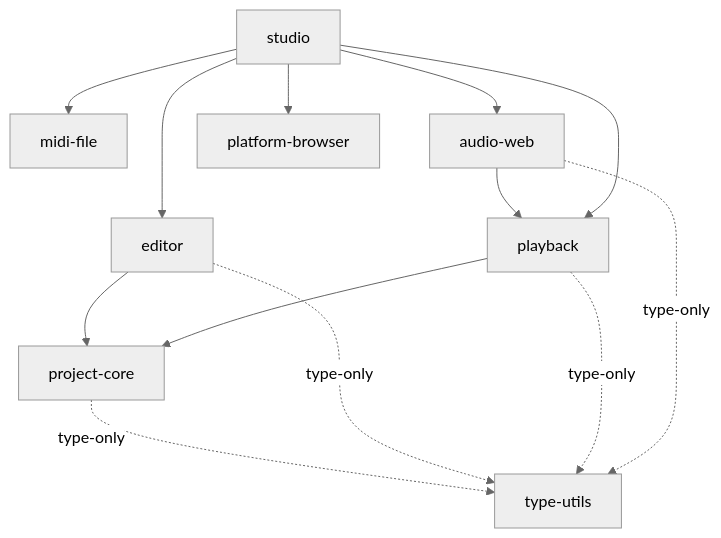
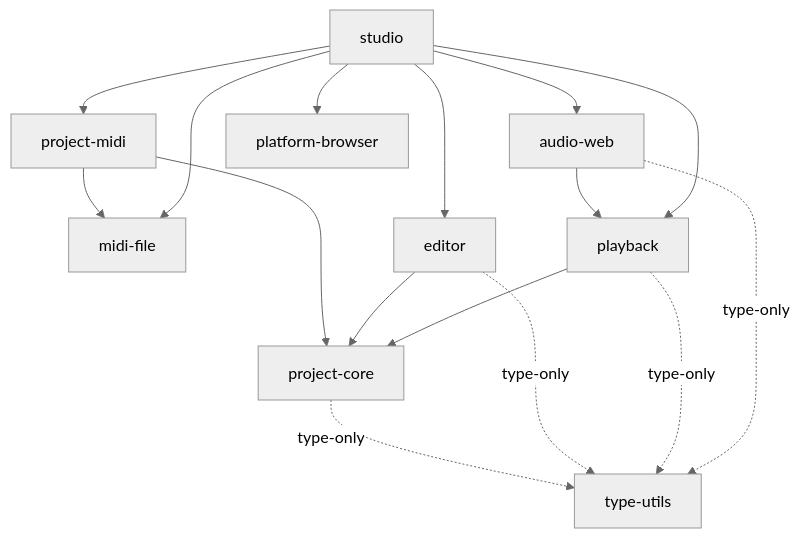
One commit to Dyolem/seele-daw changed the third of 4 diagrams in docs/architecture/web-daw-long-term-architecture-v3.md. Above: the diagram before and after it, drawn with Mermaid (neutral theme). The commit also changed other lines of this file and 22 other files, not shown here.

Commit message:
feat(project-midi): add project import bridge

````diff
--- a/docs/architecture/web-daw-long-term-architecture-v3.md
+++ b/docs/architecture/web-daw-long-term-architecture-v3.md
@@ -294,17 +296,20 @@
 ```mermaid
 flowchart TD
   TU["type-utils"]
   MF["midi-file"]
+  PM["project-midi"] --> MF
+  PM --> PC["project-core"]
   APP["studio"] --> ED["editor"]
   APP --> AW["audio-web"]
   APP --> BR["platform-browser"]
   APP --> MF
-  ED --> PC["project-core"]
+  APP --> PM
+  ED --> PC
   PB["playback"] --> PC
   AW --> PB
   APP --> PB
   PC -. "type-only" .-> TU
   ED -. "type-only" .-> TU
   PB -. "type-only" .-> TU
   AW -. "type-only" .-> TU
 ```
````
